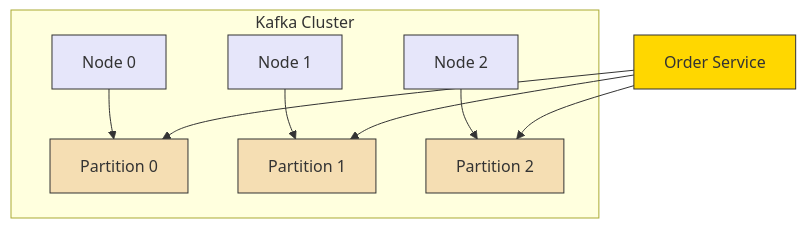
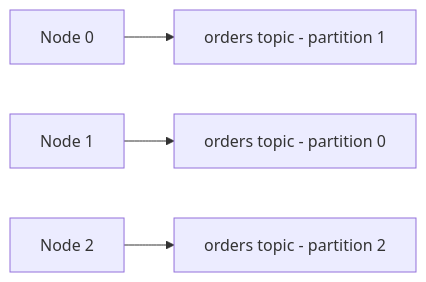
One commit to alexanderkhivrych/kafka-basics changed the eighth of 10 diagrams in README.md. Above: the diagram before and after it, drawn with Mermaid. The commit also changed other lines of this file, not shown here.

````diff
--- a/README.md
+++ b/README.md
@@ -164,15 +159,13 @@
 ```mermaid
-flowchart TB
-    subgraph Kafka Cluster
-        N0[Node 0]:::node --> P0[Partition 0]:::partition
-        N1[Node 1]:::node --> P1[Partition 1]:::partition
-        N2[Node 2]:::node --> P2[Partition 2]:::partition
-    end
-    A[Order Service]:::producer --> P0
-    A --> P1
-    A --> P2
-
-    classDef node fill:#E6E6FA,stroke:#333;
-    classDef partition fill:#F5DEB3,stroke:#333;
-    classDef producer fill:#FFD700,stroke:#333;
+flowchart LR
+    Node0[Node 0]
+    Node1[Node 1]
+    Node2[Node 2]
+    Part0[orders topic - partition 0]
+    Part1[orders topic - partition 1]
+    Part2[orders topic - partition 2]
+    
+    Node0 --> Part1
+    Node1 --> Part0
+    Node2 --> Part2
 ```
````
